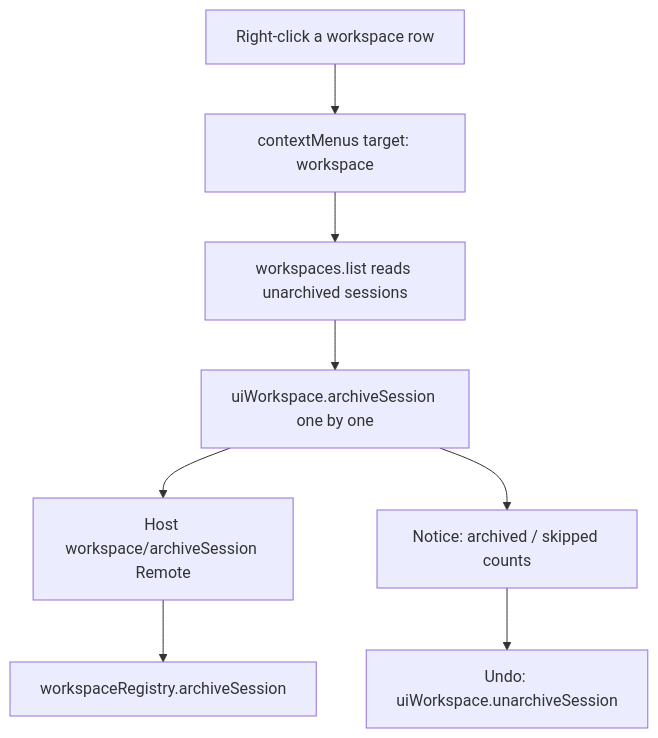
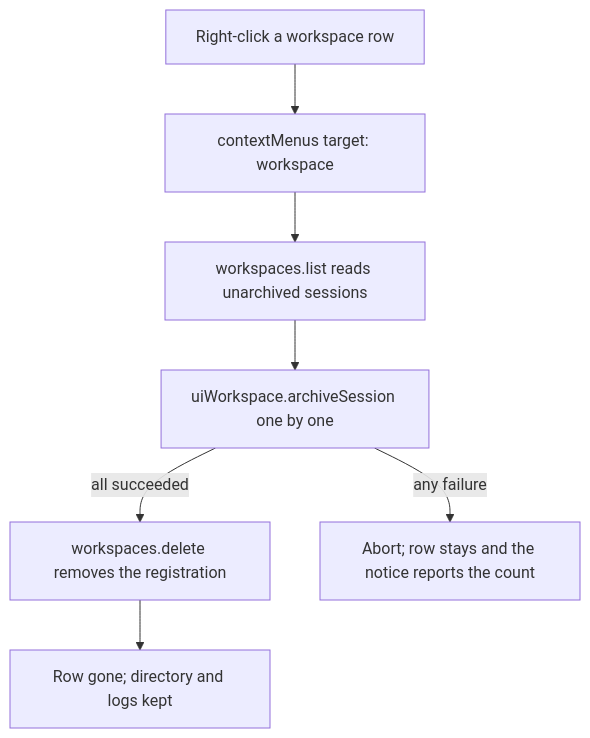
One commit to PandaBoby/dsh-workspace-archiver changed the diagram in README.en.md. Above: the diagram before and after it, drawn with Mermaid. The commit also changed other lines of this file and 11 other files, not shown here.

Commit message:
feat!: archive and hide the workspace row

````diff
--- a/README.en.md
+++ b/README.en.md
@@ -156,10 +164,9 @@
 ```mermaid
 flowchart TD
   A[Right-click a workspace row] --> B[contextMenus target: workspace]
   B --> C[workspaces.list reads unarchived sessions]
   C --> D[uiWorkspace.archiveSession one by one]
-  D --> E[Host workspace/archiveSession Remote]
-  E --> F[workspaceRegistry.archiveSession]
-  D --> G[Notice: archived / skipped counts]
-  G --> H[Undo: uiWorkspace.unarchiveSession]
+  D -->|all succeeded| E[workspaces.delete removes the registration]
+  E --> F[Row gone; directory and logs kept]
+  D -->|any failure| G[Abort; row stays and the notice reports the count]
 ```
````
